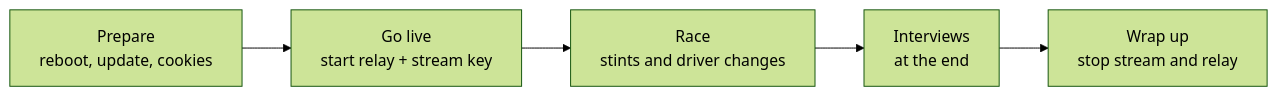
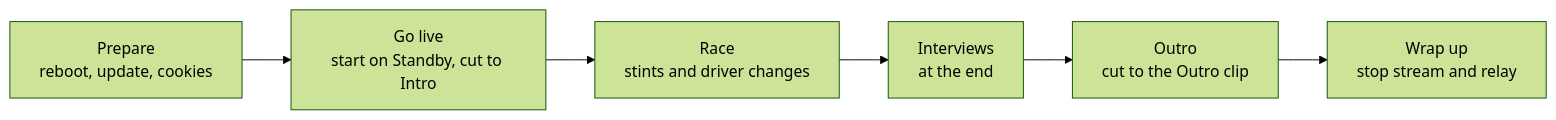
Before and after one commit to jegr78/gt-endurance-racing-broadcast: the first of 2 diagrams in src/docs/wiki/Run-an-event.md, drawn with Mermaid (forest theme). The commit also changed other lines of this file and 16 other files, not shown here.

First line of the commit message:
feat: director-controlled stream Intro/Outro videos

````diff
--- a/src/docs/wiki/Run-an-event.md
+++ b/src/docs/wiki/Run-an-event.md
@@ -8,7 +8,8 @@
 ```mermaid
 flowchart LR
-  A["Prepare<br/>reboot, update, cookies"] --> B["Go live<br/>start relay + stream key"]
+  A["Prepare<br/>reboot, update, cookies"] --> B["Go live<br/>start on Standby, cut to Intro"]
   B --> C["Race<br/>stints and driver changes"]
   C --> D["Interviews<br/>at the end"]
-  D --> E["Wrap up<br/>stop stream and relay"]
+  D --> E["Outro<br/>cut to the Outro clip"]
+  E --> F["Wrap up<br/>stop stream and relay"]
 ```
````
